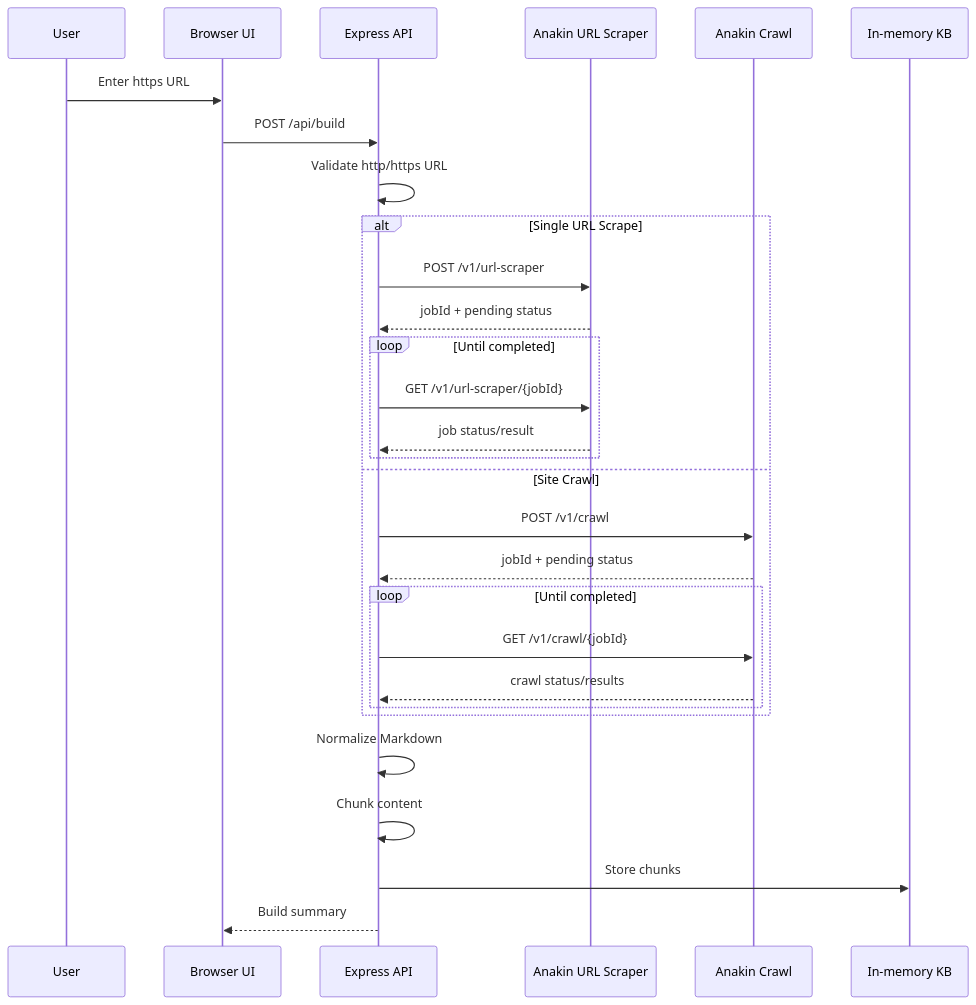
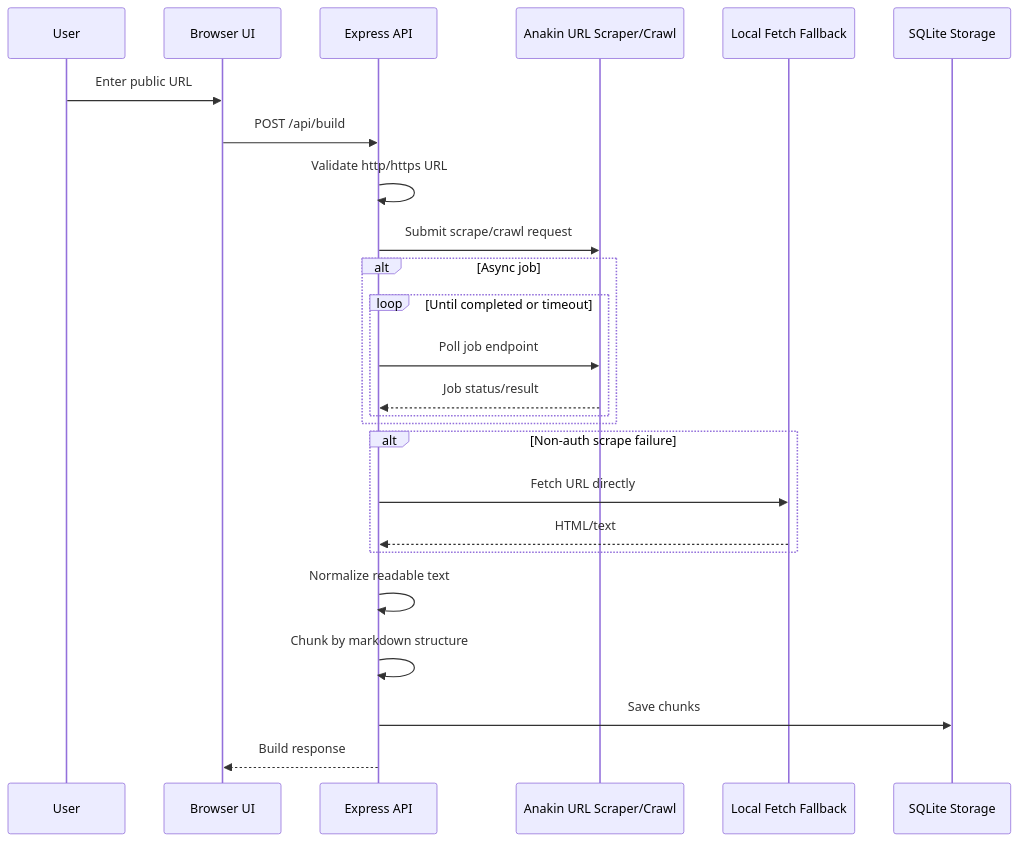
One commit to gaganakumarm/Web2Knowledge changed the second of 4 diagrams in docs/system-design.md. Above: the diagram before and after it, drawn with Mermaid. The commit also changed other lines of this file and 10 other files, not shown here.

````diff
--- a/docs/system-design.md
+++ b/docs/system-design.md
@@ -239,32 +300,28 @@
 ```mermaid
 sequenceDiagram
   participant U as User
   participant UI as Browser UI
   participant API as Express API
-  participant A as Anakin URL Scraper
-  participant C as Anakin Crawl
-  participant KB as In-memory KB
+  participant A as Anakin URL Scraper/Crawl
+  participant F as Local Fetch Fallback
+  participant S as SQLite Storage
 
-  U->>UI: Enter https URL
+  U->>UI: Enter public URL
   UI->>API: POST /api/build
   API->>API: Validate http/https URL
-  alt Single URL Scrape
-  API->>A: POST /v1/url-scraper
-  A-->>API: jobId + pending status
-  loop Until completed
-    API->>A: GET /v1/url-scraper/{jobId}
-    A-->>API: job status/result
-  end
-  else Site Crawl
-    API->>C: POST /v1/crawl
-    C-->>API: jobId + pending status
-    loop Until completed
-      API->>C: GET /v1/crawl/{jobId}
-      C-->>API: crawl status/results
+  API->>A: Submit scrape/crawl request
+  alt Async job
+    loop Until completed or timeout
+      API->>A: Poll job endpoint
+      A-->>API: Job status/result
     end
   end
-  API->>API: Normalize Markdown
-  API->>API: Chunk content
-  API->>KB: Store chunks
-  API-->>UI: Build summary
+  alt Non-auth scrape failure
+    API->>F: Fetch URL directly
+    F-->>API: HTML/text
+  end
+  API->>API: Normalize readable text
+  API->>API: Chunk by markdown structure
+  API->>S: Save chunks
+  API-->>UI: Build response
 ```
````
